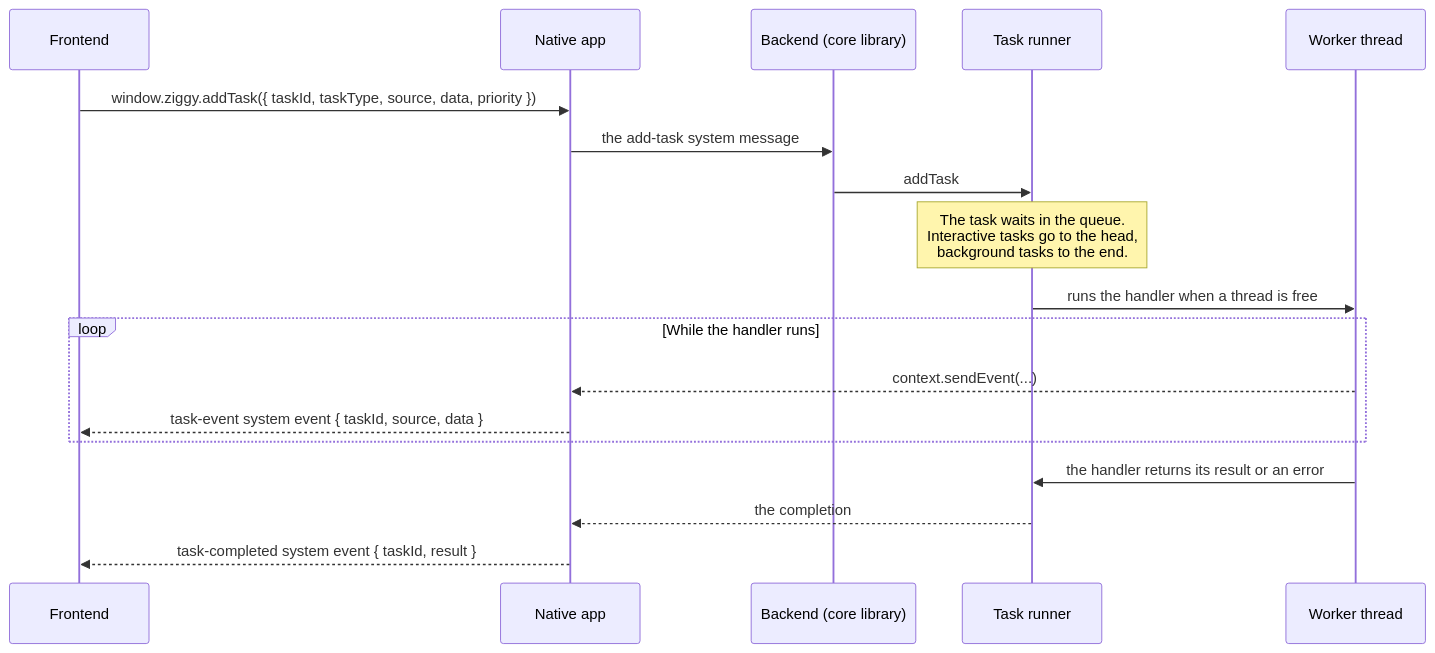
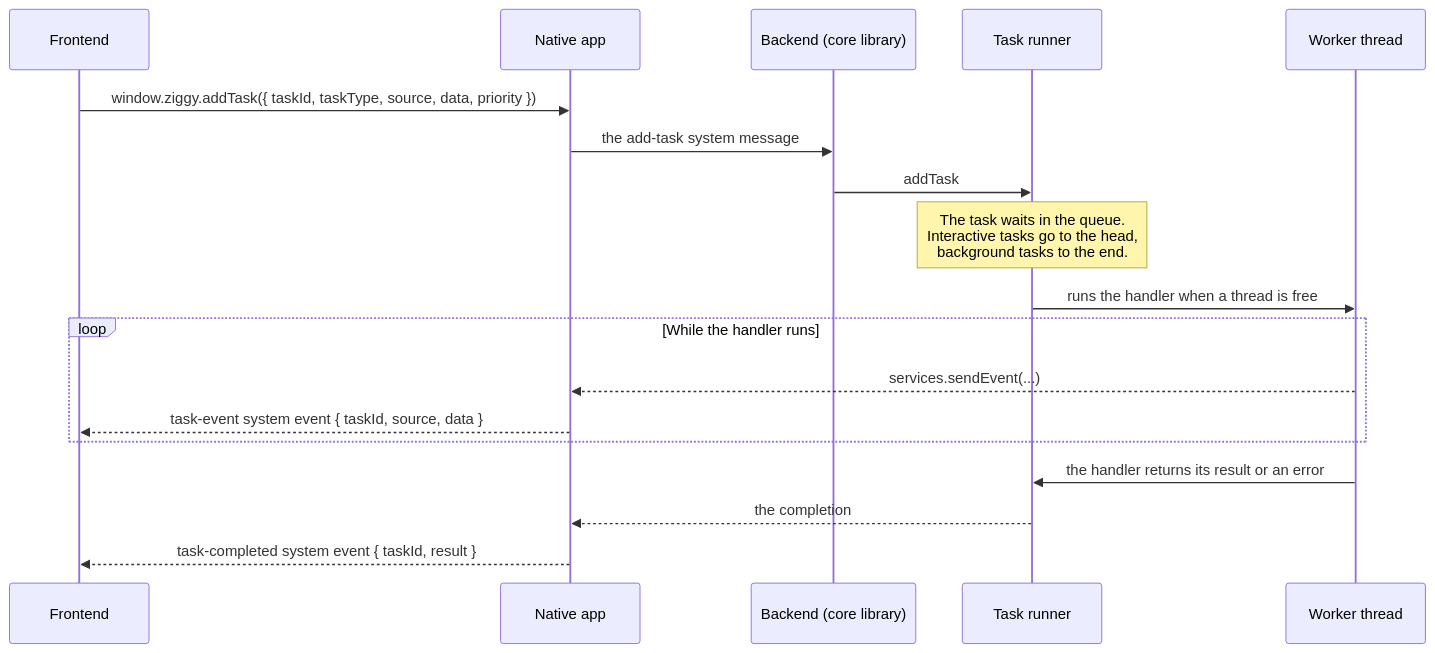
The diagram in docs/user-guide/tasks.md (ashleydavis/ziggy), drawn with Mermaid before and after one commit. The commit also changed other lines of this file and 162 other files, not shown here.

````diff
--- a/docs/user-guide/tasks.md
+++ b/docs/user-guide/tasks.md
@@ -7,21 +7,21 @@
 ```mermaid
 sequenceDiagram
     participant UI as Frontend
     participant NativeApp as Native app
     participant Backend as Backend (core library)
     participant Runner as Task runner
     participant Worker as Worker thread
 
     UI->>NativeApp: window.ziggy.addTask({ taskId, taskType, source, data, priority })
     NativeApp->>Backend: the add-task system message
     Backend->>Runner: addTask
     Note over Runner: The task waits in the queue.<br/>Interactive tasks go to the head,<br/>background tasks to the end.
     Runner->>Worker: runs the handler when a thread is free
     loop While the handler runs
-        Worker-->>NativeApp: context.sendEvent(...)
+        Worker-->>NativeApp: services.sendEvent(...)
         NativeApp-->>UI: task-event system event { taskId, source, data }
     end
     Worker->>Runner: the handler returns its result or an error
     Runner-->>NativeApp: the completion
     NativeApp-->>UI: task-completed system event { taskId, result }
 ```
````
